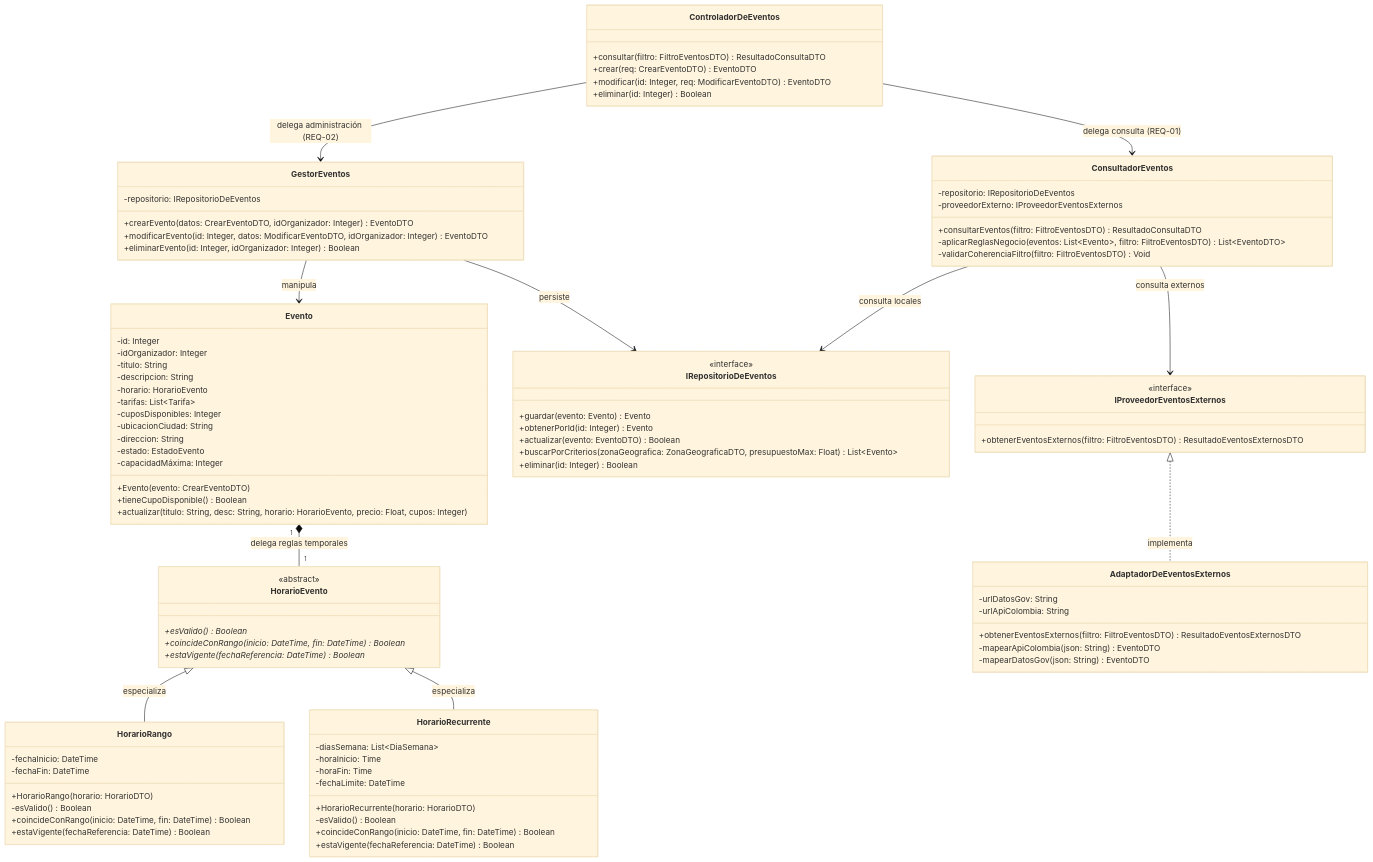
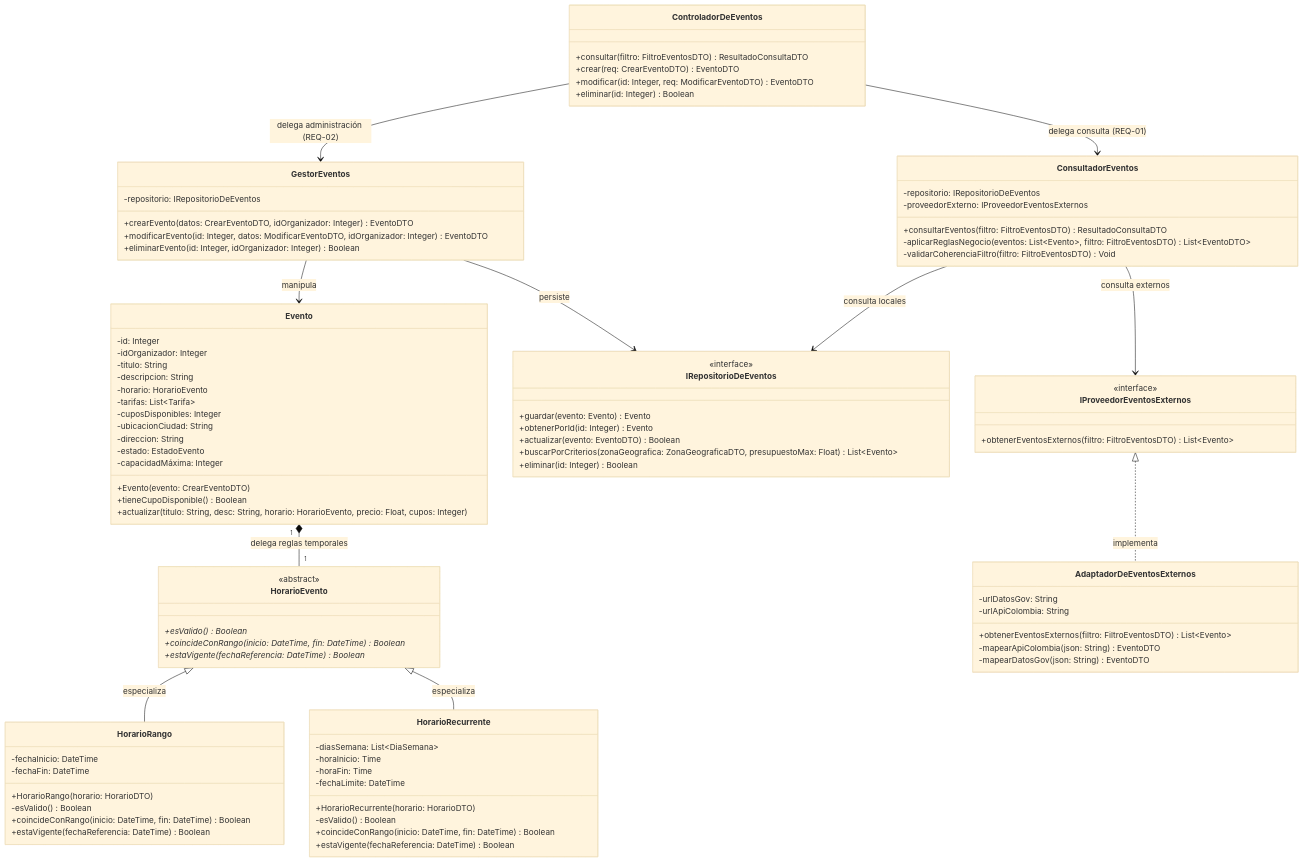
Before and after one commit to ProyectPlanning/Sistema_de_eventos: the second of 3 diagrams in Docs/Design/Diseño Arquitectónico detallado 01.md, drawn with Mermaid (base theme).

Commit message:
cambiando lo que retorna eventosExternos para que devuelva lista de eventos

```diff
--- a/Docs/Design/Diseño Arquitectónico detallado 01.md
+++ b/Docs/Design/Diseño Arquitectónico detallado 01.md
@@ -218,13 +218,13 @@
 
     class IProveedorEventosExternos {
         <<interface>>
-        +obtenerEventosExternos(filtro: FiltroEventosDTO) ResultadoEventosExternosDTO
+        +obtenerEventosExternos(filtro: FiltroEventosDTO) List~Evento~
     }
 
     class AdaptadorDeEventosExternos {
         -urlDatosGov: String
         -urlApiColombia: String
-        +obtenerEventosExternos(filtro: FiltroEventosDTO) ResultadoEventosExternosDTO
+        +obtenerEventosExternos(filtro: FiltroEventosDTO) List~Evento~
         -mapearApiColombia(json: String) EventoDTO
         -mapearDatosGov(json: String) EventoDTO
     }
```
